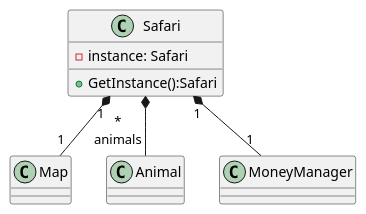
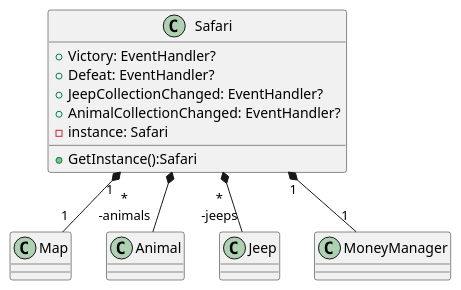
Before and after one commit to Peter-Balint/SafariGame: the diagram in class-diagram/model/safari-model.plantuml, drawn with PlantUML. The commit also changed 7 other files, not shown here.

Commit message:
Jeep display, animal shop, minimap, animal display

```diff
--- a/class-diagram/model/safari-model.plantuml
+++ b/class-diagram/model/safari-model.plantuml
@@ -1,12 +1,17 @@
 @startuml
 
 class Safari{
+    +Victory: EventHandler?
+    +Defeat: EventHandler?
+    +JeepCollectionChanged: EventHandler?
+    +AnimalCollectionChanged: EventHandler?
     -instance: Safari
     +GetInstance():Safari
 
 }
 
 Safari "1" *-- "1" Map
-Safari  *-- "*\nanimals" Animal
+Safari  *-- "*\n-animals" Animal
+Safari  *-- "*\n-jeeps" Jeep
 Safari "1" *-- "1" MoneyManager
 @enduml
```
